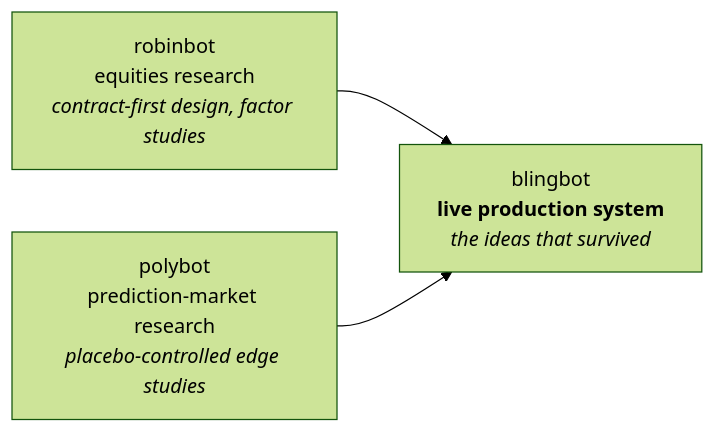
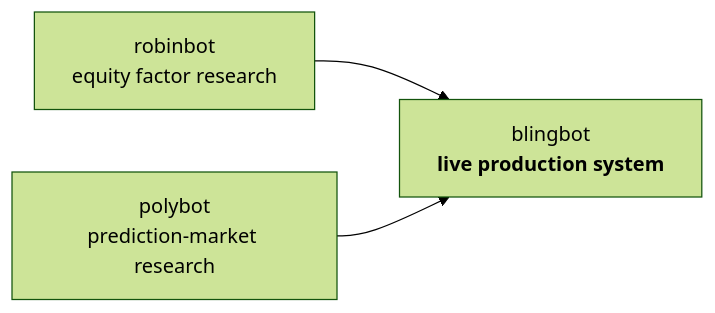
Before and after one commit to jackmdj/jackmdj: the diagram in README.md, drawn with Mermaid (forest theme). The commit also changed other lines of this file and 2 other files, not shown here.

````diff
--- a/README.md
+++ b/README.md
@@ -37,6 +33,6 @@
 ```mermaid
 graph LR
-    R["robinbot<br/>equities research<br/><i>contract-first design, factor studies</i>"] --> B
-    P["polybot<br/>prediction-market research<br/><i>placebo-controlled edge studies</i>"] --> B
-    B["blingbot<br/><b>live production system</b><br/><i>the ideas that survived</i>"]
+    R["robinbot<br/>equity factor research"] --> B
+    P["polybot<br/>prediction-market research"] --> B
+    B["blingbot<br/><b>live production system</b>"]
 ```
````
